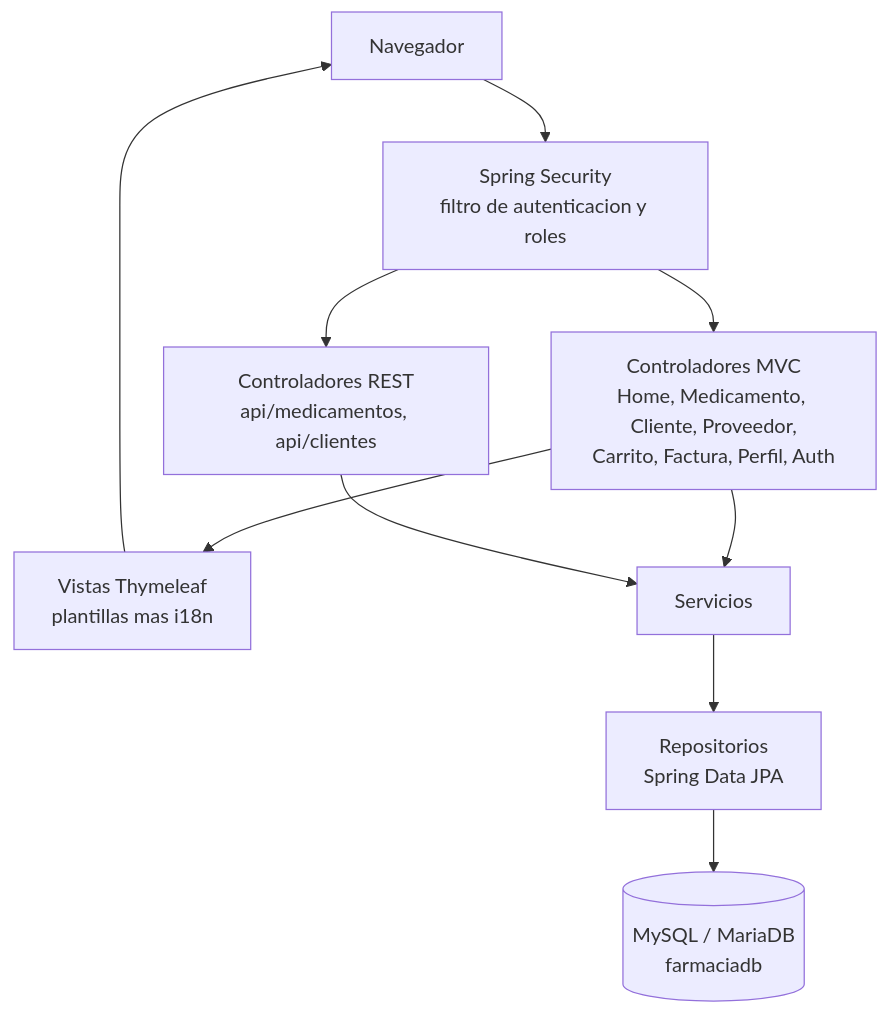
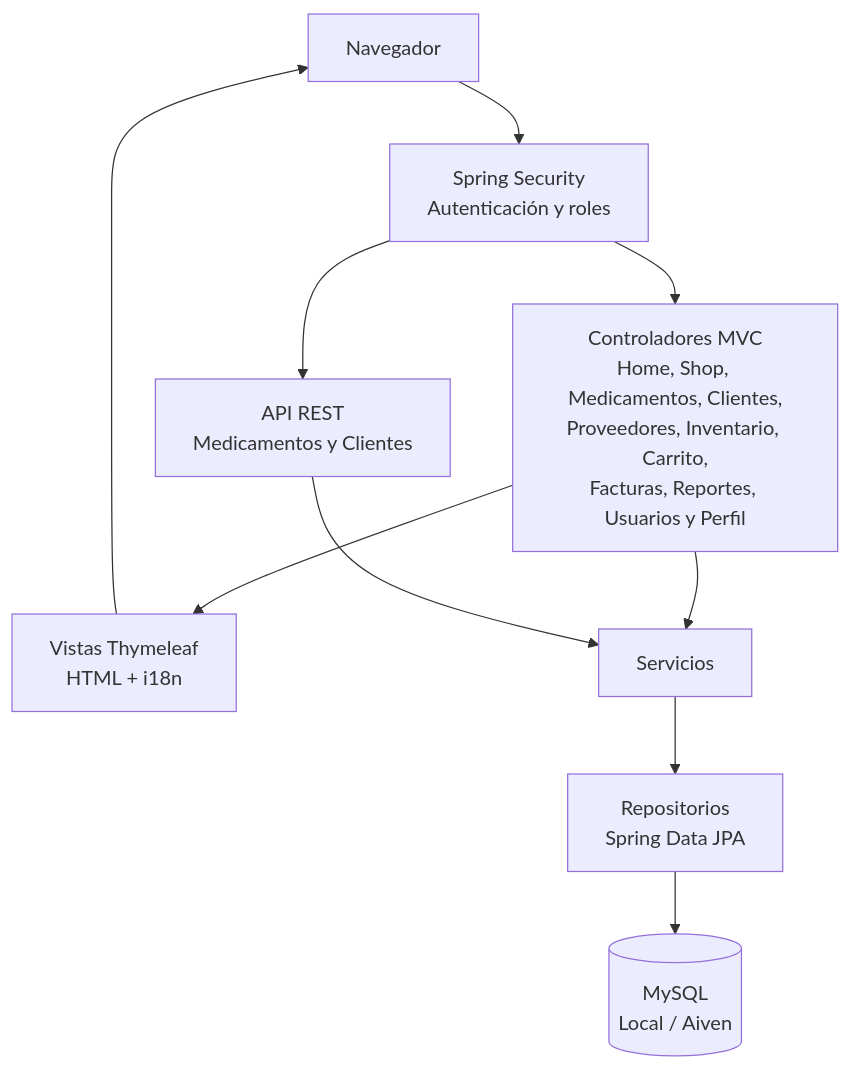
The diagram in README.md (AndrosR16/ProyectoFinal), drawn with Mermaid before and after one commit. The commit also changed other lines of this file, not shown here.

````diff
--- a/README.md
+++ b/README.md
@@ -87,12 +110,18 @@
 ```mermaid
 graph TD
-    N["Navegador"] --> SEC["Spring Security<br/>filtro de autenticacion y roles"]
-    SEC --> MVC["Controladores MVC<br/>Home, Medicamento, Cliente, Proveedor,<br/>Carrito, Factura, Perfil, Auth"]
-    SEC --> API["Controladores REST<br/>api/medicamentos, api/clientes"]
-    MVC --> V["Vistas Thymeleaf<br/>plantillas mas i18n"]
+    N["Navegador"] --> SEC["Spring Security<br/>Autenticación y roles"]
+
+    SEC --> MVC["Controladores MVC<br/>Home, Shop, Medicamentos, Clientes,<br/>Proveedores, Inventario, Carrito,<br/>Facturas, Reportes, Usuarios y Perfil"]
+
+    SEC --> API["API REST<br/>Medicamentos y Clientes"]
+
+    MVC --> V["Vistas Thymeleaf<br/>HTML + i18n"]
     MVC --> S["Servicios"]
     API --> S
+
     S --> R["Repositorios<br/>Spring Data JPA"]
-    R --> DB[("MySQL / MariaDB<br/>farmaciadb")]
+
+    R --> DB[("MySQL<br/>Local / Aiven")]
+
     V --> N
 ```
````
